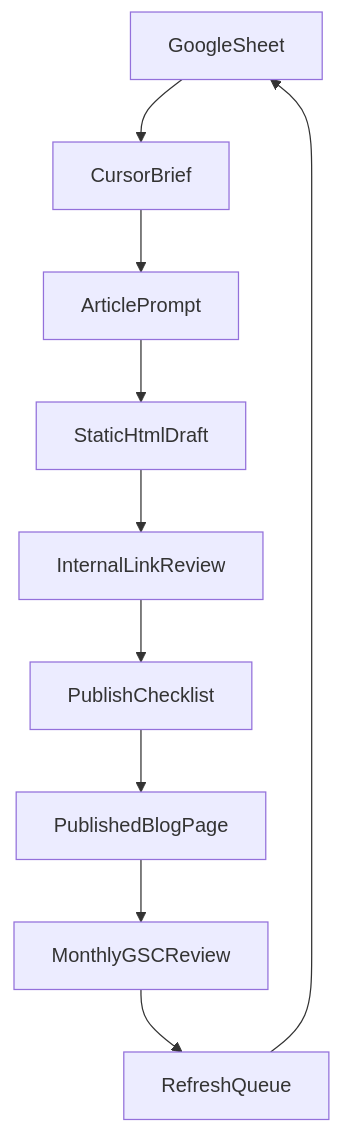
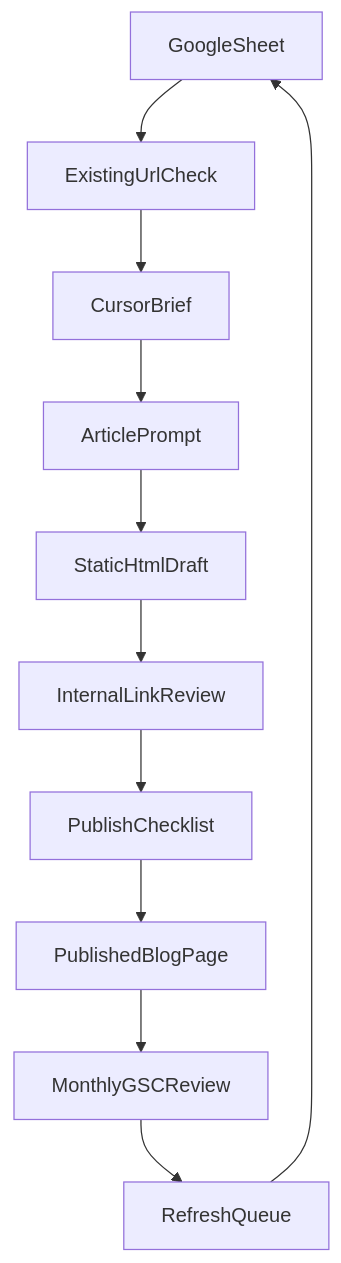
Before and after one commit to metouilli10/thelocalguide: the diagram in seo-cockpit/agadir-seo-content-workflow.md, drawn with Mermaid. The commit also changed other lines of this file and 12 other files, not shown here.

````diff
--- a/seo-cockpit/agadir-seo-content-workflow.md
+++ b/seo-cockpit/agadir-seo-content-workflow.md
@@ -9,12 +25,13 @@
 ```mermaid
 flowchart TD
-  keywordSheet[GoogleSheet] --> articleBrief[CursorBrief]
+  keywordSheet[GoogleSheet] --> urlCheck[ExistingUrlCheck]
+  urlCheck --> articleBrief[CursorBrief]
   articleBrief --> draftPrompt[ArticlePrompt]
   draftPrompt --> htmlDraft[StaticHtmlDraft]
   htmlDraft --> linkReview[InternalLinkReview]
   linkReview --> publishChecklist[PublishChecklist]
   publishChecklist --> publishedPage[PublishedBlogPage]
   publishedPage --> monthlyGSC[MonthlyGSCReview]
   monthlyGSC --> refreshQueue[RefreshQueue]
   refreshQueue --> keywordSheet
 ```
````
